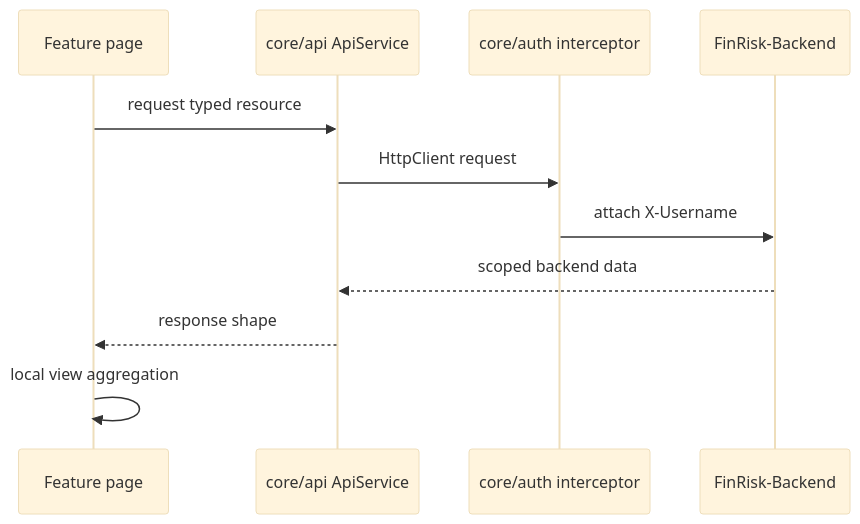
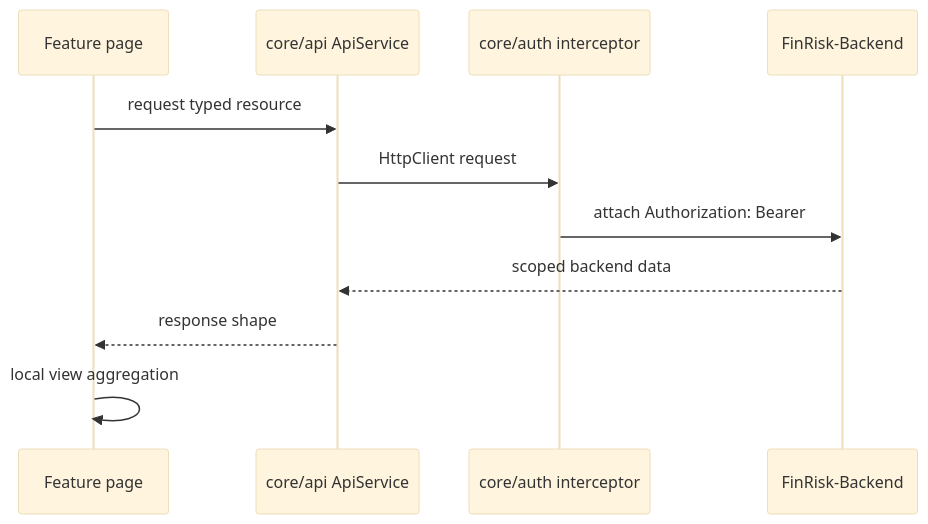
The second of 2 diagrams in docs/ARCHITECTURE.md (Chain361/FinRisk-Frontend), drawn with Mermaid (base theme) before and after one commit. The commit also changed other lines of this file and 6 other files, not shown here.

First line of the commit message:
feat: switch from X-Username mock header to JWT Authorization Bearer

````diff
--- a/docs/ARCHITECTURE.md
+++ b/docs/ARCHITECTURE.md
@@ -131,14 +130,14 @@
 ```mermaid
 sequenceDiagram
   participant Page as Feature page
   participant Api as core/api ApiService
   participant Auth as core/auth interceptor
   participant Backend as FinRisk-Backend
 
   Page->>Api: request typed resource
   Api->>Auth: HttpClient request
-  Auth->>Backend: attach X-Username
+  Auth->>Backend: attach Authorization: Bearer
   Backend-->>Api: scoped backend data
   Api-->>Page: response shape
   Page->>Page: local view aggregation
 ```
````
